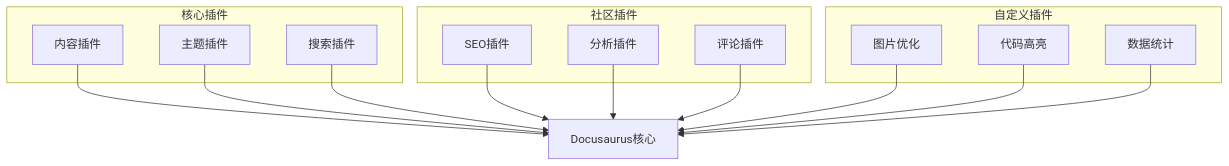
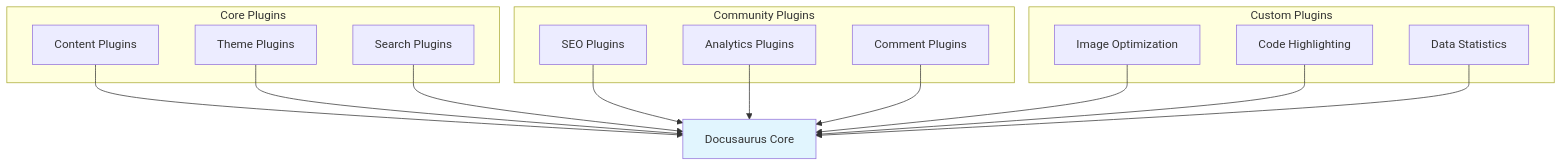
The seventh of 10 diagrams in versioned_docs/version-2024-winter/tutorials/docusaurus-tutorial.mdx (ChanMeng666/ai-programming-teaching-project), drawn with Mermaid before and after one commit. The commit also changed other lines of this file and 472 other files, not shown here.

````diff
--- a/versioned_docs/version-2024-winter/tutorials/docusaurus-tutorial.mdx
+++ b/versioned_docs/version-2024-winter/tutorials/docusaurus-tutorial.mdx
@@ -511,30 +550,32 @@
 ```mermaid
 graph TB
-    subgraph "核心插件"
-        A[内容插件]
-        B[主题插件]
-        C[搜索插件]
+    subgraph "Core Plugins"
+        A[Content Plugins]
+        B[Theme Plugins]
+        C[Search Plugins]
     end
-    
-    subgraph "社区插件"
-        D[SEO插件]
-        E[分析插件]
-        F[评论插件]
+
+    subgraph "Community Plugins"
+        D[SEO Plugins]
+        E[Analytics Plugins]
+        F[Comment Plugins]
     end
-    
-    subgraph "自定义插件"
-        G[图片优化]
-        H[代码高亮]
-        I[数据统计]
+
+    subgraph "Custom Plugins"
+        G[Image Optimization]
+        H[Code Highlighting]
+        I[Data Statistics]
     end
-    
-    A --> J[Docusaurus核心]
+
+    A --> J[Docusaurus Core]
     B --> J
     C --> J
     D --> J
     E --> J
     F --> J
     G --> J
     H --> J
     I --> J
+
+    style J fill:#e1f5fe
 ```
````
